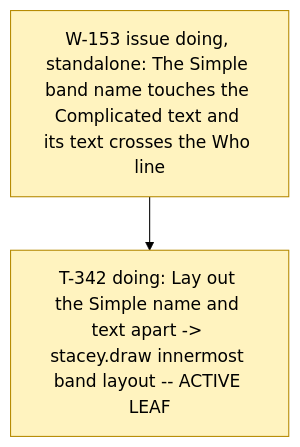
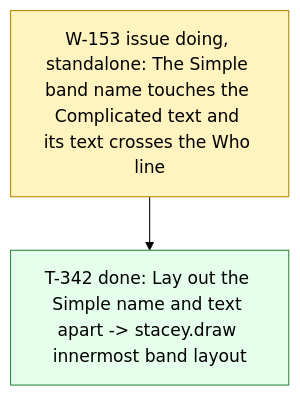
One commit to dpopchev/chaos-to-simple changed the diagram in .board/BOARD.md. Above: the diagram before and after it, drawn with Mermaid (forest theme). The commit also changed other lines of this file and 1 other file, not shown here.

Commit message:
chore(board): close T-342 -- W-153 ready to land
Refs: W-153 T-342

````diff
--- a/.board/BOARD.md
+++ b/.board/BOARD.md
@@ -908,11 +908,12 @@
 ```mermaid
 flowchart TD
   W153["W-153 issue doing, standalone: The Simple band name touches the Complicated text and its text crosses the Who line"]
-  W153 --> T342["T-342 doing: Lay out the Simple name and text apart -> stacey.draw innermost band layout -- ACTIVE LEAF"]
+  W153 --> T342["T-342 done: Lay out the Simple name and text apart -> stacey.draw innermost band layout"]
   classDef doing fill:#fff3bf,stroke:#b58900,color:#000;
   classDef blocked fill:#ffe3e3,stroke:#c92a2a,color:#000;
   classDef done fill:#e6ffed,stroke:#2b8a3e,color:#000;
   classDef todo fill:#f8f9fa,stroke:#868e96,color:#000;
   classDef pruned fill:#f1f3f5,stroke:#adb5bd,color:#000;
-  class W153,T342 doing
+  class W153 doing
+  class T342 done
 ```
````
